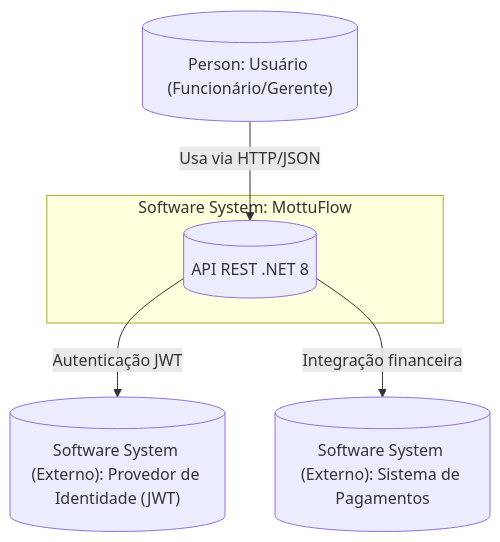
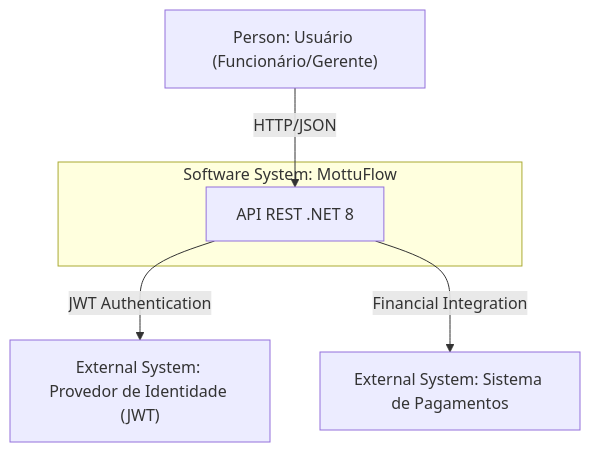
One commit to leomotalima/MottuFlow-Sprint4 changed the first of 3 diagrams in README.md. Above: the diagram before and after it, drawn with Mermaid.

Commit message:
Atualiza README com diagrama C4 completo e remove emojis

````diff
--- a/README.md
+++ b/README.md
@@ -42,15 +42,16 @@
 ```mermaid
 graph TB
-    user[("Person: Usuário (Funcionário/Gerente)")]
+    user["Person: Usuário (Funcionário/Gerente)"]
 
-    extPay[("Software System (Externo): Sistema de Pagamentos")]
-    extIdP[("Software System (Externo): Provedor de Identidade (JWT)")]
+    extPay["External System: Sistema de Pagamentos"]
+    extIdP["External System: Provedor de Identidade (JWT)"]
 
     subgraph s1["Software System: MottuFlow"]
-    api[("API REST .NET 8")]
+        api["API REST .NET 8"]
     end
 
-    user -->|Usa via HTTP/JSON| api
-    api -->|Autenticação JWT| extIdP
-    api -->|Integração financeira| extPay
+    user -->|HTTP/JSON| api
+    api -->|JWT Authentication| extIdP
+    api -->|Financial Integration| extPay
+
 ```
````
